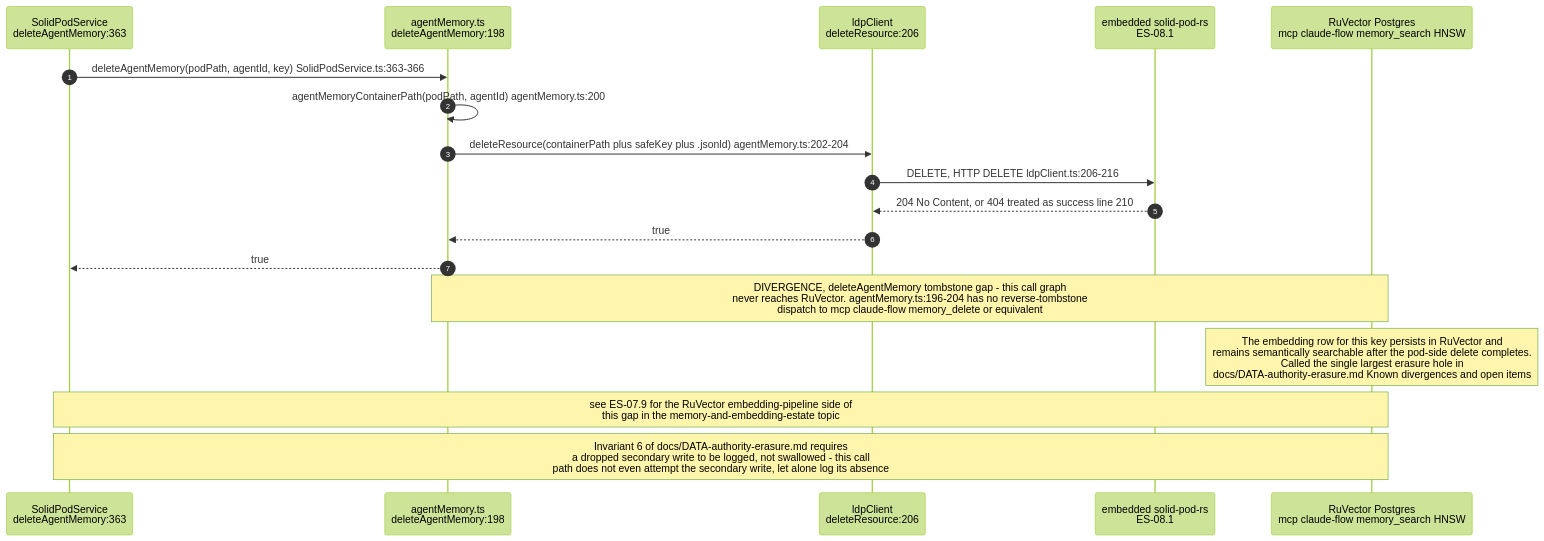
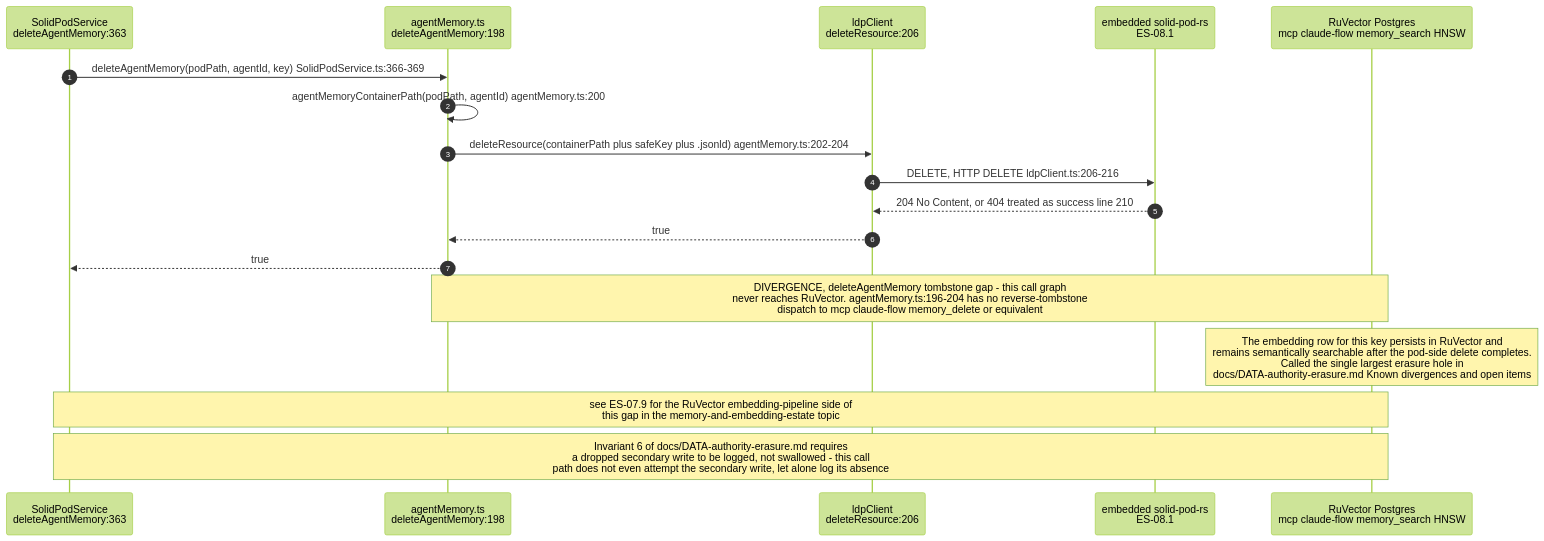
One commit to DreamLab-AI/AR-AI-Knowledge-Graph changed the ninth of 10 diagrams in docs/diagrams/estate/08-solid-pod-estate.md. Above: the diagram before and after it, drawn with Mermaid (forest theme). The commit also changed other lines of this file and 73 other files, not shown here.

First line of the commit message:
docs(diagrams): re-verify all 71 topic files against HEAD; add --cite-check

````diff
--- a/docs/diagrams/estate/08-solid-pod-estate.md
+++ b/docs/diagrams/estate/08-solid-pod-estate.md
@@ -400,22 +402,22 @@
 ```mermaid
 sequenceDiagram
     autonumber
     participant UI as SolidPodService<br/>deleteAgentMemory:363
     participant AM as agentMemory.ts<br/>deleteAgentMemory:198
     participant LDP as ldpClient<br/>deleteResource:206
     participant SRV as embedded solid-pod-rs<br/>ES-08.1
     participant RV as RuVector Postgres<br/>mcp claude-flow memory_search HNSW
 
-    UI->>AM: deleteAgentMemory(podPath, agentId, key) SolidPodService.ts:363-366
+    UI->>AM: deleteAgentMemory(podPath, agentId, key) SolidPodService.ts:366-369
     AM->>AM: agentMemoryContainerPath(podPath, agentId) agentMemory.ts:200
     AM->>LDP: deleteResource(containerPath plus safeKey plus .jsonld) agentMemory.ts:202-204
     LDP->>SRV: DELETE, HTTP DELETE ldpClient.ts:206-216
     SRV-->>LDP: 204 No Content, or 404 treated as success line 210
     LDP-->>AM: true
     AM-->>UI: true
 
     Note over AM,RV: DIVERGENCE, deleteAgentMemory tombstone gap - this call graph<br/>never reaches RuVector. agentMemory.ts:196-204 has no reverse-tombstone<br/>dispatch to mcp claude-flow memory_delete or equivalent
     Note over RV: The embedding row for this key persists in RuVector and<br/>remains semantically searchable after the pod-side delete completes.<br/>Called the single largest erasure hole in<br/>docs/DATA-authority-erasure.md Known divergences and open items
     Note over UI,RV: see ES-07.9 for the RuVector embedding-pipeline side of<br/>this gap in the memory-and-embedding-estate topic
     Note over UI,RV: Invariant 6 of docs/DATA-authority-erasure.md requires<br/>a dropped secondary write to be logged, not swallowed - this call<br/>path does not even attempt the secondary write, let alone log its absence
 ```
````
